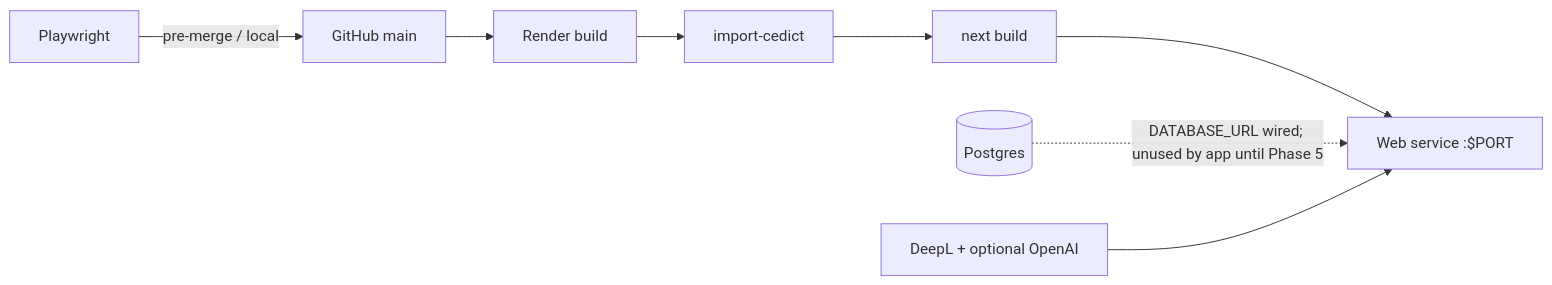
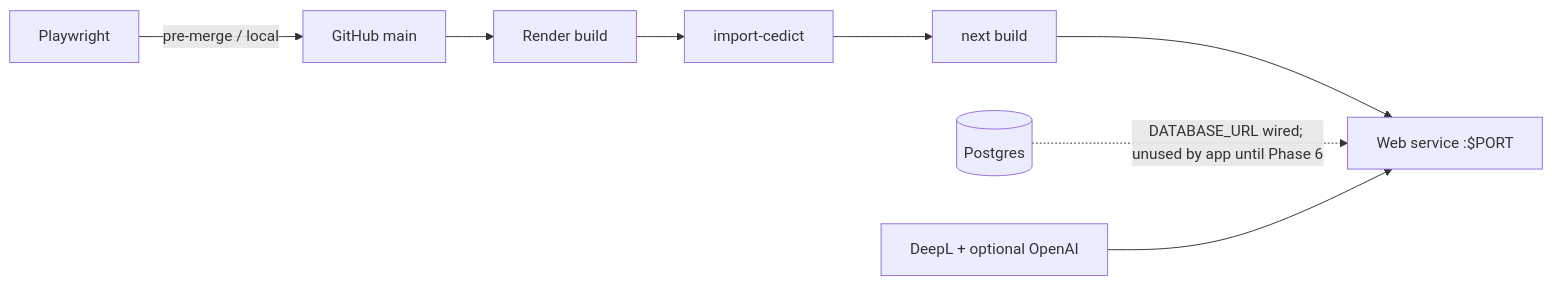
Before and after one commit to awongCM/mindyourlanguage: the diagram in docs/superpowers/specs/2026-07-15-phase-4-deploy-e2e-design.md, drawn with Mermaid. The commit also changed other lines of this file and 9 other files, not shown here.

````diff
--- a/docs/superpowers/specs/2026-07-15-phase-4-deploy-e2e-design.md
+++ b/docs/superpowers/specs/2026-07-15-phase-4-deploy-e2e-design.md
@@ -69,10 +69,10 @@
 ```mermaid
 flowchart LR
   Repo[GitHub main] --> Build[Render build]
   Build --> Cedict[import-cedict]
   Cedict --> Next[next build]
   Next --> Web[Web service :$PORT]
-  PG[(Postgres)] -.->|DATABASE_URL wired; unused by app until Phase 5| Web
+  PG[(Postgres)] -.->|DATABASE_URL wired; unused by app until Phase 6| Web
   Secrets[DeepL + optional OpenAI] --> Web
   E2E[Playwright] -->|pre-merge / local| Repo
 ```
````
